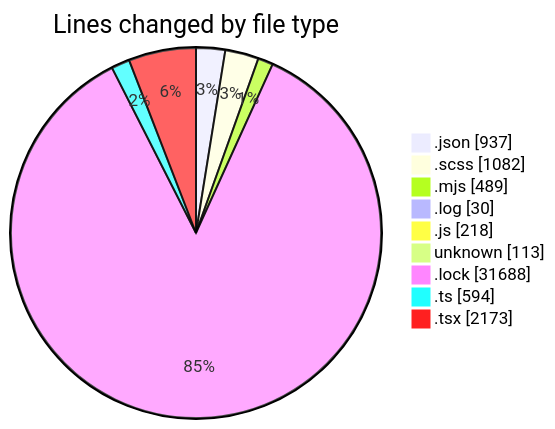
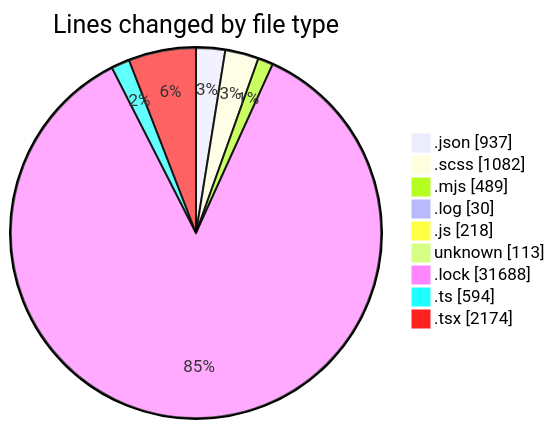
Before and after one commit to momahboobian/code-tracking: the first of 2 diagrams in 2026-08-12/cda/README.md, drawn with Mermaid. The commit also changed other lines of this file and 1 other file, not shown here.

````diff
--- a/2026-08-12/cda/README.md
+++ b/2026-08-12/cda/README.md
@@ -60,13 +60,13 @@
 ```mermaid
 pie showData
 title Lines changed by file type
 ".json" : 937
 ".scss" : 1082
 ".mjs" : 489
 ".log" : 30
 ".js" : 218
 "unknown" : 113
 ".lock" : 31688
 ".ts" : 594
-".tsx" : 2173
+".tsx" : 2174
 ```
````
